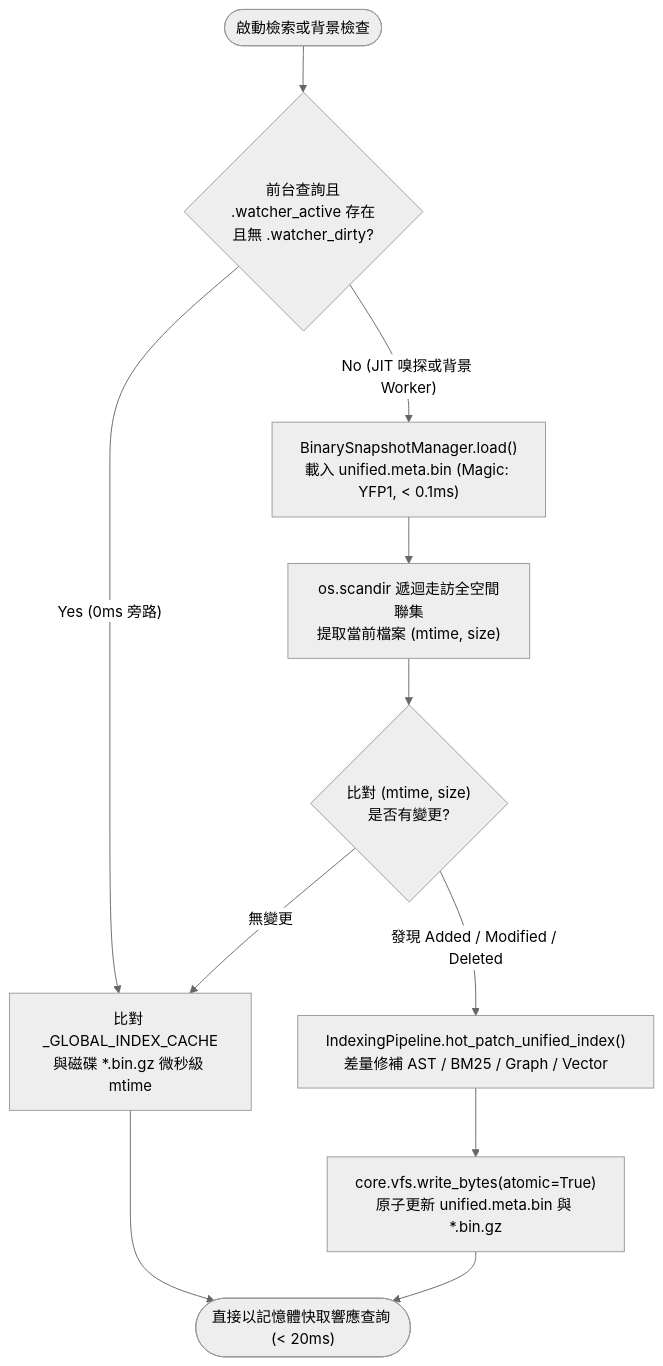
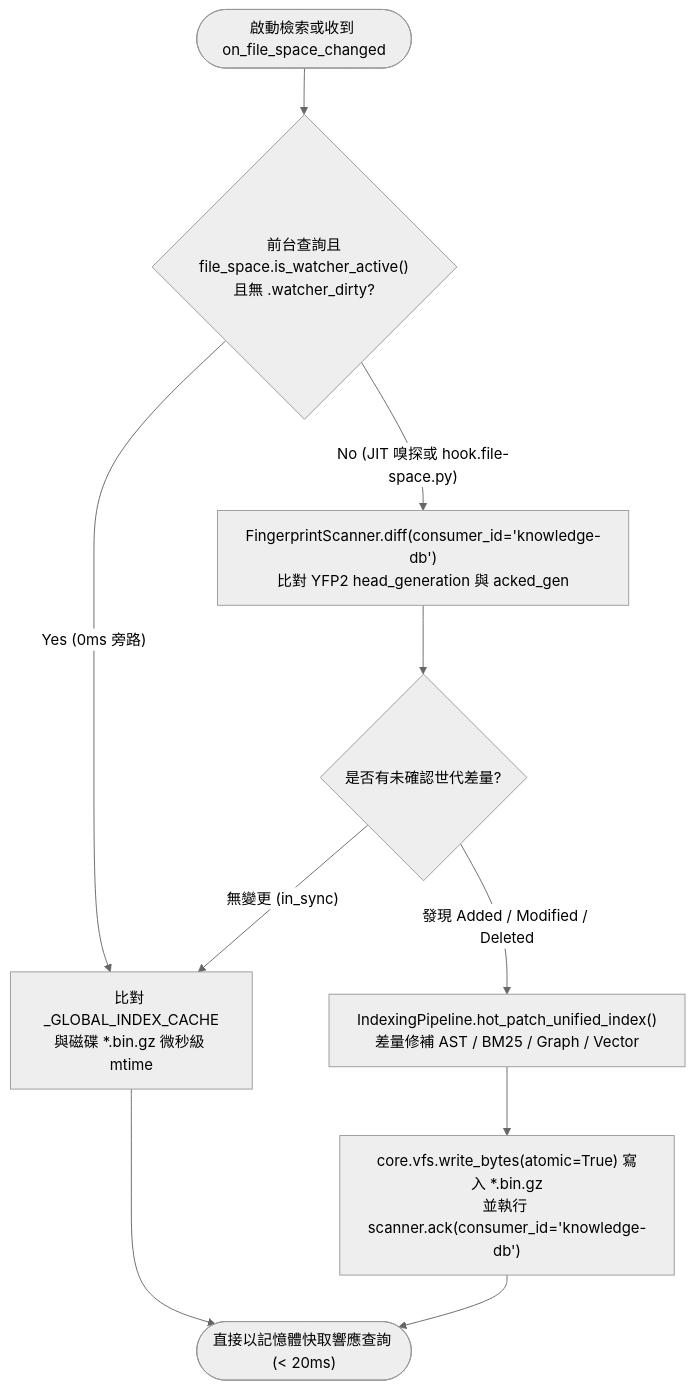
One commit to ysnaive/ys-codebase changed the second of 2 diagrams in docs/knowledge-db/architecture.md. Above: the diagram before and after it, drawn with Mermaid (neutral theme). The commit also changed other lines of this file and 125 other files, not shown here.

First line of the commit message:
feat(file-space,knowledge-db,core,agents-workflow): introduce file-space module, contributes merge DSL, and self-healing fixes

````diff
--- a/docs/knowledge-db/architecture.md
+++ b/docs/knowledge-db/architecture.md
@@ -124,14 +115,13 @@
 ```mermaid
 flowchart TD
-    Start(["啟動檢索或背景檢查"]) --> CheckWatcher{"前台查詢且<br/>.watcher_active 存在<br/>且無 .watcher_dirty?"}
+    Start(["啟動檢索或收到 on_file_space_changed"]) --> CheckWatcher{"前台查詢且<br/>file_space.is_watcher_active()<br/>且無 .watcher_dirty?"}
     CheckWatcher -- "Yes (0ms 旁路)" --> CheckMtime["比對 _GLOBAL_INDEX_CACHE<br/>與磁碟 *.bin.gz 微秒級 mtime"]
     CheckMtime --> ServeQuery(["直接以記憶體快取響應查詢 (< 20ms)"])
 
-    CheckWatcher -- "No (JIT 嗅探或背景 Worker)" --> LoadMeta["BinarySnapshotManager.load()<br/>載入 unified.meta.bin (Magic: YFP1, < 0.1ms)"]
-    LoadMeta --> ScanDir["os.scandir 遞迴走訪全空間聯集<br/>提取當前檔案 (mtime, size)"]
-    ScanDir --> Diff{"比對 (mtime, size)<br/>是否有變更?"}
-    Diff -- "無變更" --> CheckMtime
+    CheckWatcher -- "No (JIT 嗅探或 hook.file-space.py)" --> DiffCursor["FingerprintScanner.diff(consumer_id='knowledge-db')<br/>比對 YFP2 head_generation 與 acked_gen"]
+    DiffCursor --> Diff{"是否有未確認世代差量?"}
+    Diff -- "無變更 (in_sync)" --> CheckMtime
     Diff -- "發現 Added / Modified / Deleted" --> HotPatch["IndexingPipeline.hot_patch_unified_index()<br/>差量修補 AST / BM25 / Graph / Vector"]
-    HotPatch --> AtomicSave["core.vfs.write_bytes(atomic=True)<br/>原子更新 unified.meta.bin 與 *.bin.gz"]
+    HotPatch --> AtomicSave["core.vfs.write_bytes(atomic=True) 寫入 *.bin.gz<br/>並執行 scanner.ack(consumer_id='knowledge-db')"]
     AtomicSave --> ServeQuery
 ```
````
